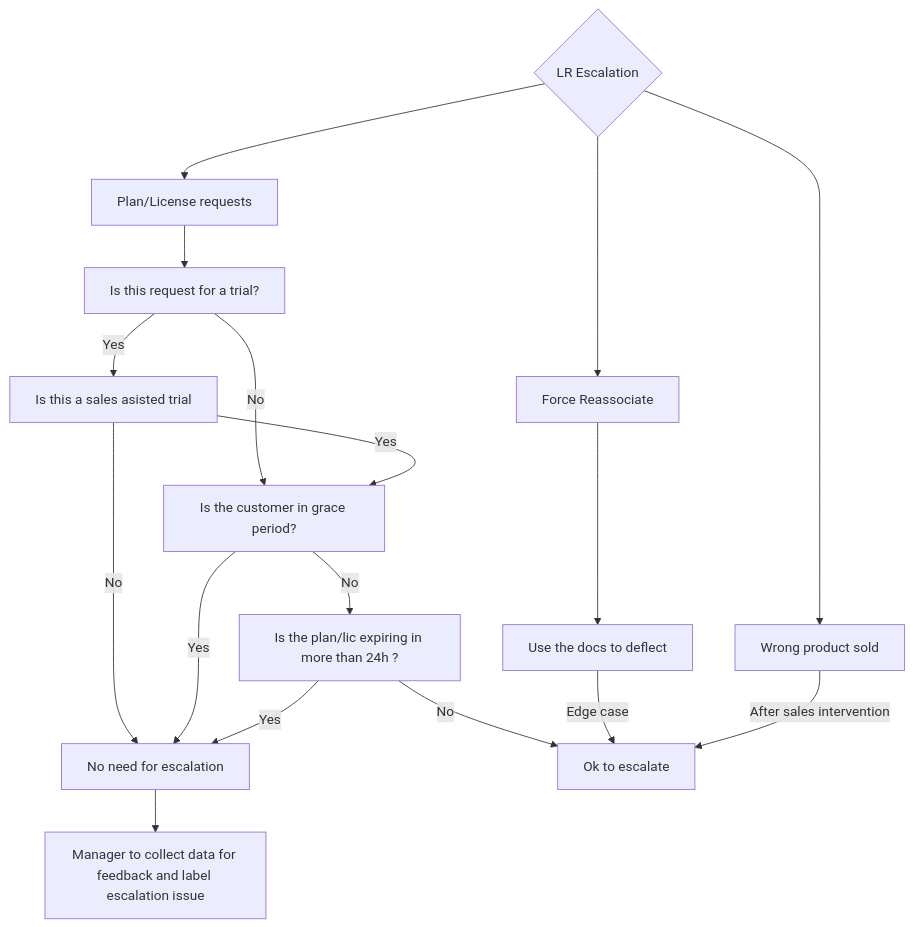
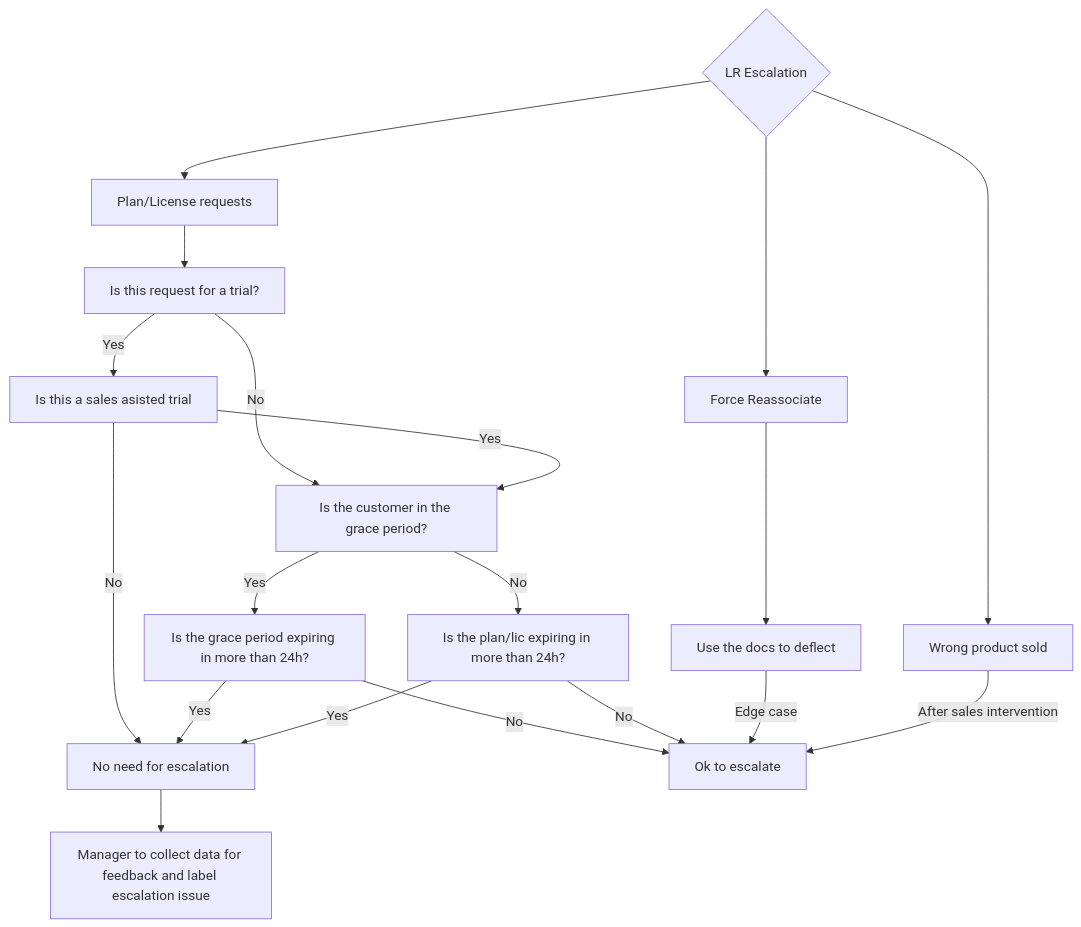
Before and after one commit to secretstartups/handbook: the diagram in support/license-and-renewals/workflows/managers_working_with_extensions.html.md, drawn with Mermaid. The commit also changed other lines of this file, not shown here.

Commit message:
Allows escalation if grace period is expiring

````diff
--- a/support/license-and-renewals/workflows/managers_working_with_extensions.html.md
+++ b/support/license-and-renewals/workflows/managers_working_with_extensions.html.md
@@ -25,19 +25,21 @@
 ```mermaid
 graph TD
     A{LR Escalation}--> C[Plan/License requests]
     C-->T[Is this request for a trial?]
-    T-->|No|G[Is the customer in grace period?]
+    T-->|No|G[Is the customer in the grace period?]
     T-->|Yes|SA[Is this a sales asisted trial]
     SA-->|Yes|G
     SA-->|No|No
-    G-->|Yes| No[No need for escalation]
-    G-->|No| Exp[Is the plan/lic expiring in more than 24h ?]
+    G-->|Yes|H[Is the grace period expiring in more than 24h?]
+    G-->|No| Exp[Is the plan/lic expiring in more than 24h?]
+    H-->|Yes|No[No need for escalation]
+    H-->|No|Pass[Ok to escalate]
     Exp-->|Yes| No
-    Exp-->|No|Pass[Ok to escalate]
+    Exp-->|No|Pass
     No-->X[Manager to collect data for feedback and label escalation issue]
     A-->WP[Wrong product sold]
     A-->FR[Force Reassociate]
     FR--->FR1[Use the docs to deflect]
     FR1-->|Edge case|Pass
     WP-->|After sales intervention|Pass
 ```
````
